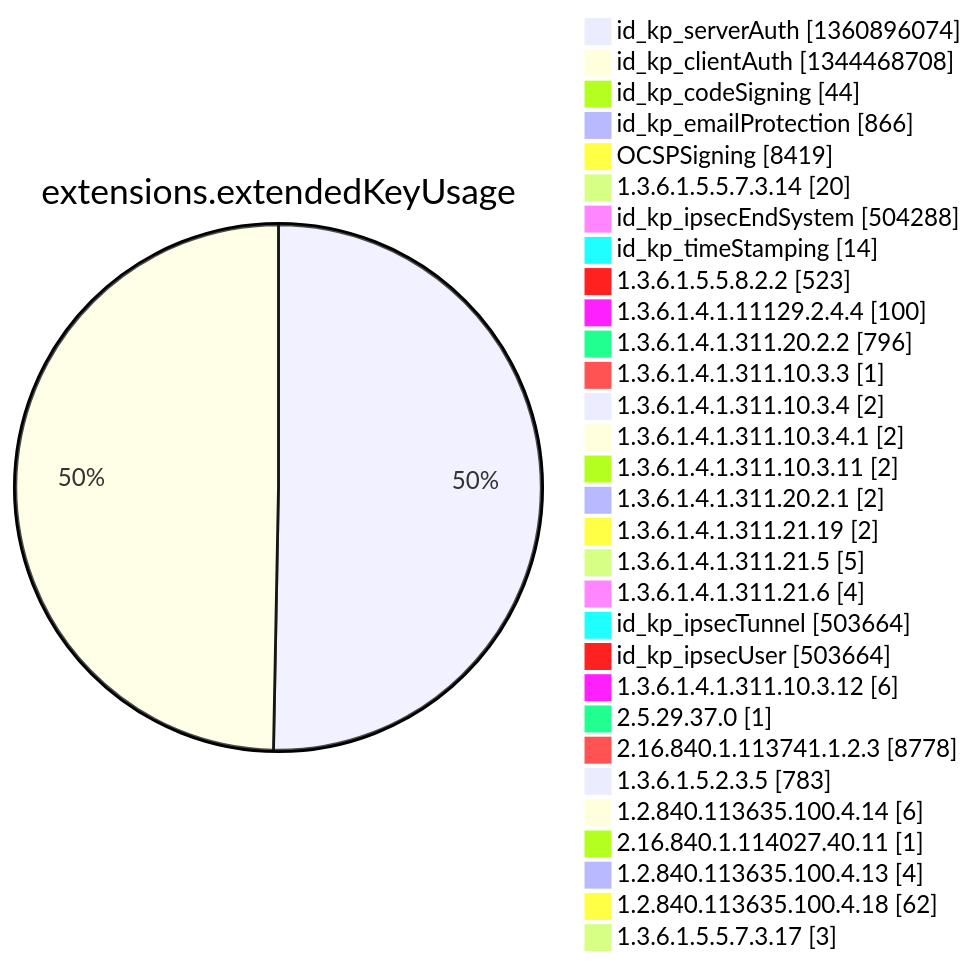
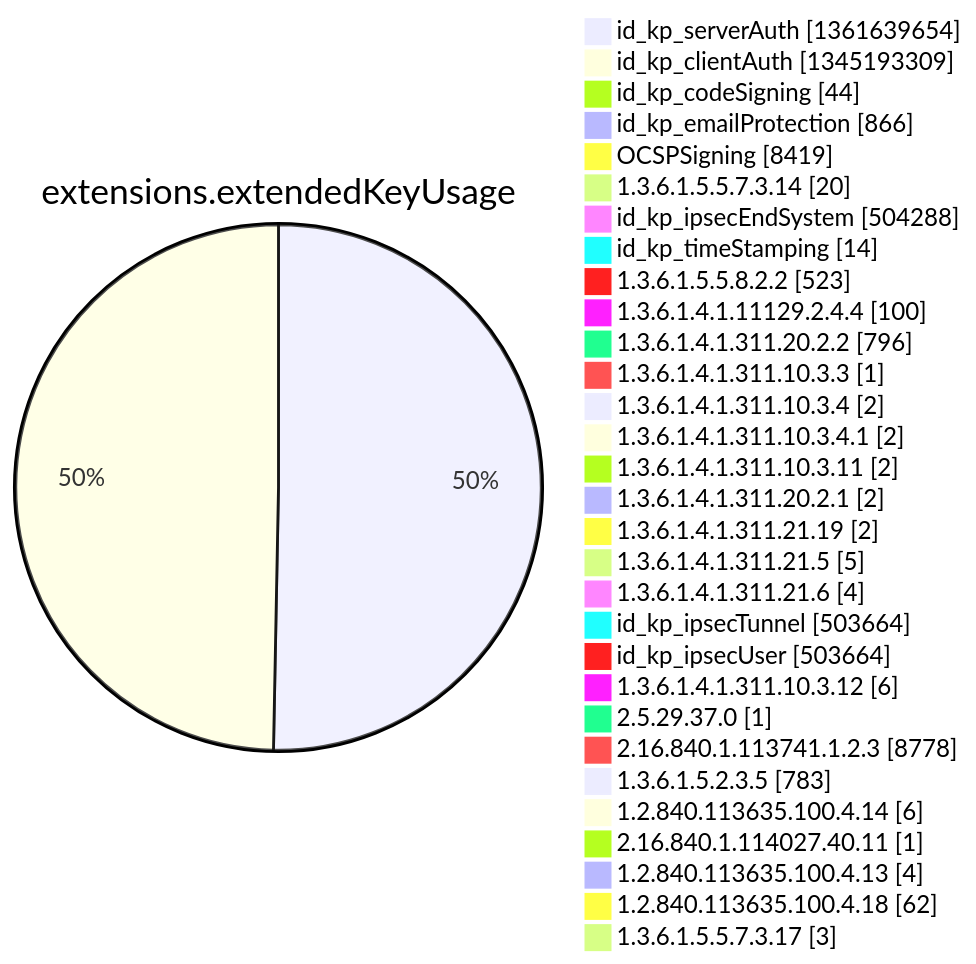
Before and after one commit to christiankrug/ctmonitor_visualization: diagram 12 of 15 in argon2022/README.md, drawn with Mermaid. The commit also changed other lines of this file, not shown here.

````diff
--- a/argon2022/README.md
+++ b/argon2022/README.md
@@ -3553,34 +3553,34 @@
 ```mermaid
 pie showData
 title extensions.extendedKeyUsage
-"id_kp_serverAuth" :1360896074
-"id_kp_clientAuth" :1344468708
+"id_kp_serverAuth" :1361639654
+"id_kp_clientAuth" :1345193309
 "id_kp_codeSigning" :44
 "id_kp_emailProtection" :866
 "OCSPSigning" :8419
 "1.3.6.1.5.5.7.3.14" :20
 "id_kp_ipsecEndSystem" :504288
 "id_kp_timeStamping" :14
 "1.3.6.1.5.5.8.2.2" :523
 "1.3.6.1.4.1.11129.2.4.4" :100
 "1.3.6.1.4.1.311.20.2.2" :796
 "1.3.6.1.4.1.311.10.3.3" :1
 "1.3.6.1.4.1.311.10.3.4" :2
 "1.3.6.1.4.1.311.10.3.4.1" :2
 "1.3.6.1.4.1.311.10.3.11" :2
 "1.3.6.1.4.1.311.20.2.1" :2
 "1.3.6.1.4.1.311.21.19" :2
 "1.3.6.1.4.1.311.21.5" :5
 "1.3.6.1.4.1.311.21.6" :4
 "id_kp_ipsecTunnel" :503664
 "id_kp_ipsecUser" :503664
 "1.3.6.1.4.1.311.10.3.12" :6
 "2.5.29.37.0" :1
 "2.16.840.1.113741.1.2.3" :8778
 "1.3.6.1.5.2.3.5" :783
 "1.2.840.113635.100.4.14" :6
 "2.16.840.1.114027.40.11" :1
 "1.2.840.113635.100.4.13" :4
 "1.2.840.113635.100.4.18" :62
 "1.3.6.1.5.5.7.3.17" :3
 ```
````
